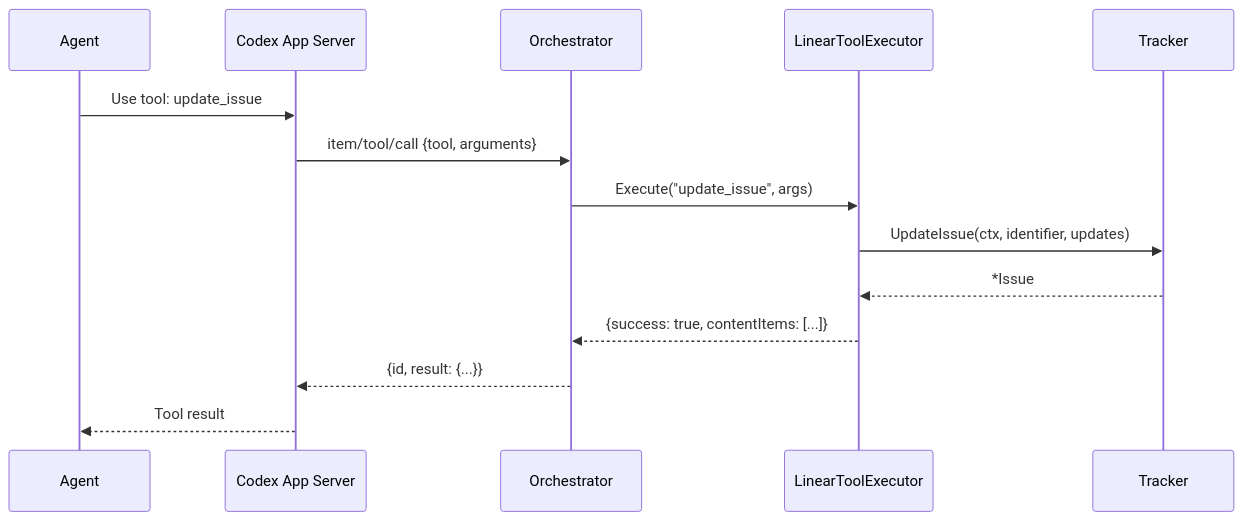
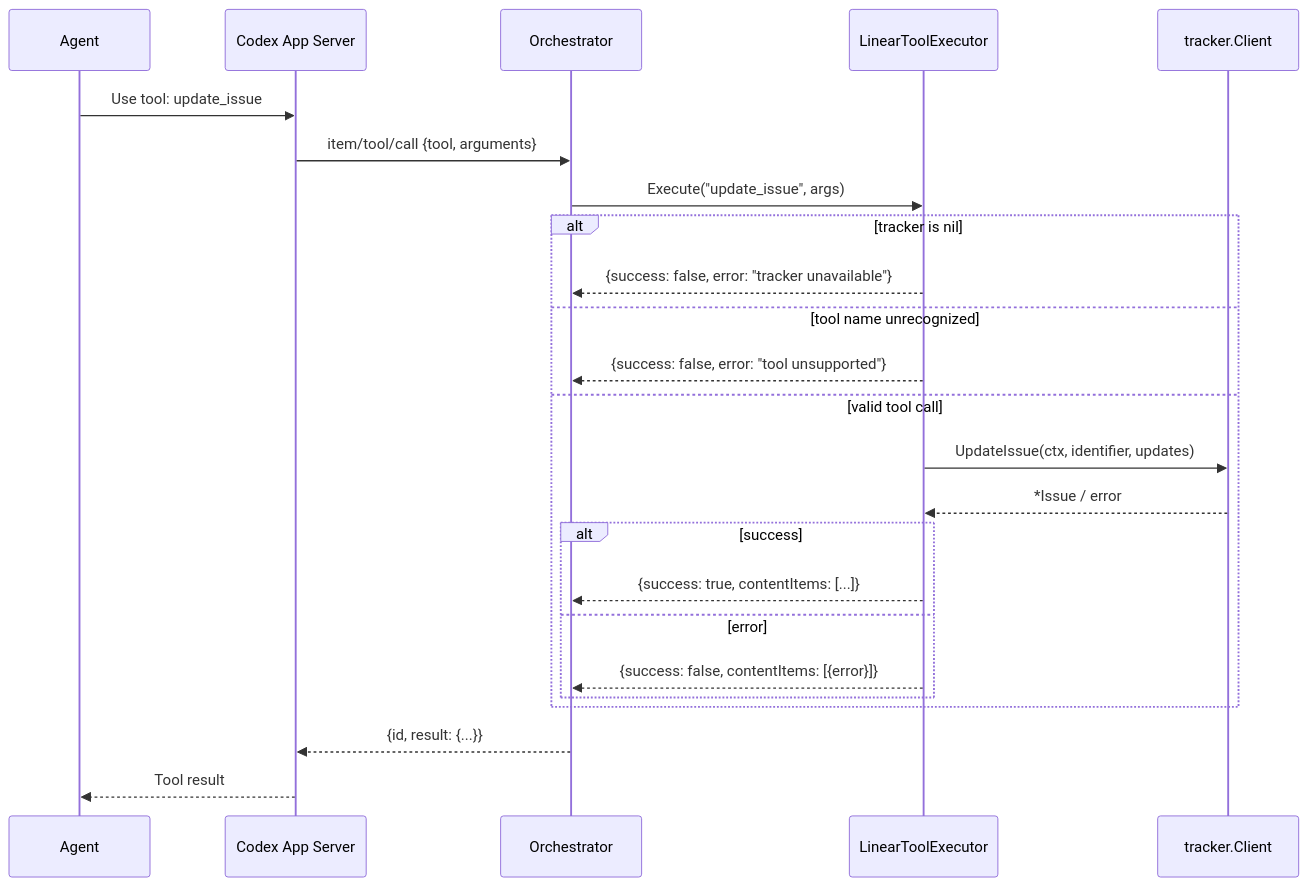
Before and after one commit to bradAGI/Orchestra: the second of 2 diagrams in docs/backend/tools.md, drawn with Mermaid. The commit also changed other lines of this file and 12 other files, not shown here.

````diff
--- a/docs/backend/tools.md
+++ b/docs/backend/tools.md
@@ -115,17 +141,29 @@
 ```mermaid
 sequenceDiagram
     participant Agent
-    participant CodexAppServer as Codex App Server
+    participant AppServer as Codex App Server
     participant Orchestrator
     participant Executor as LinearToolExecutor
-    participant Tracker
+    participant Tracker as tracker.Client
 
-    Agent->>CodexAppServer: Use tool: update_issue
-    CodexAppServer->>Orchestrator: item/tool/call {tool, arguments}
+    Agent->>AppServer: Use tool: update_issue
+    AppServer->>Orchestrator: item/tool/call {tool, arguments}
     Orchestrator->>Executor: Execute("update_issue", args)
-    Executor->>Tracker: UpdateIssue(ctx, identifier, updates)
-    Tracker-->>Executor: *Issue
-    Executor-->>Orchestrator: {success: true, contentItems: [...]}
-    Orchestrator-->>CodexAppServer: {id, result: {...}}
-    CodexAppServer-->>Agent: Tool result
+
+    alt tracker is nil
+        Executor-->>Orchestrator: {success: false, error: "tracker unavailable"}
+    else tool name unrecognized
+        Executor-->>Orchestrator: {success: false, error: "tool unsupported"}
+    else valid tool call
+        Executor->>Tracker: UpdateIssue(ctx, identifier, updates)
+        Tracker-->>Executor: *Issue / error
+        alt success
+            Executor-->>Orchestrator: {success: true, contentItems: [...]}
+        else error
+            Executor-->>Orchestrator: {success: false, contentItems: [{error}]}
+        end
+    end
+
+    Orchestrator-->>AppServer: {id, result: {...}}
+    AppServer-->>Agent: Tool result
 ```
````
